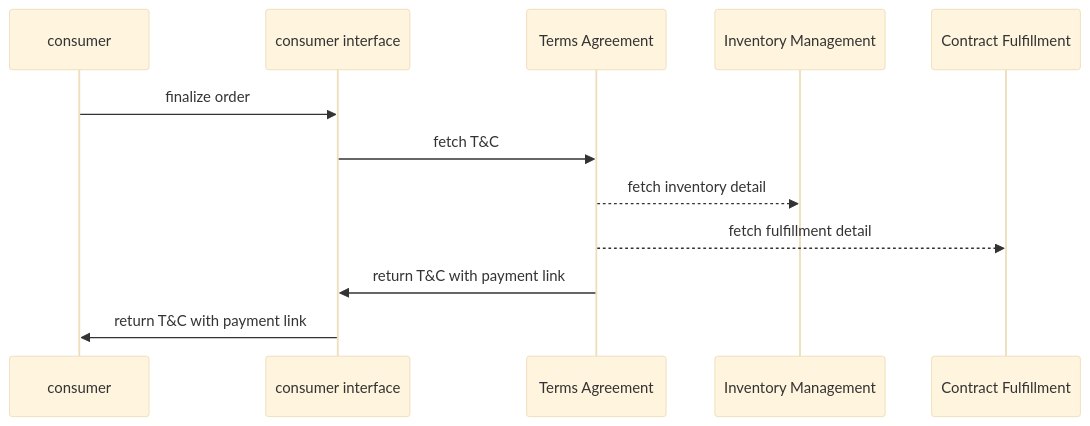
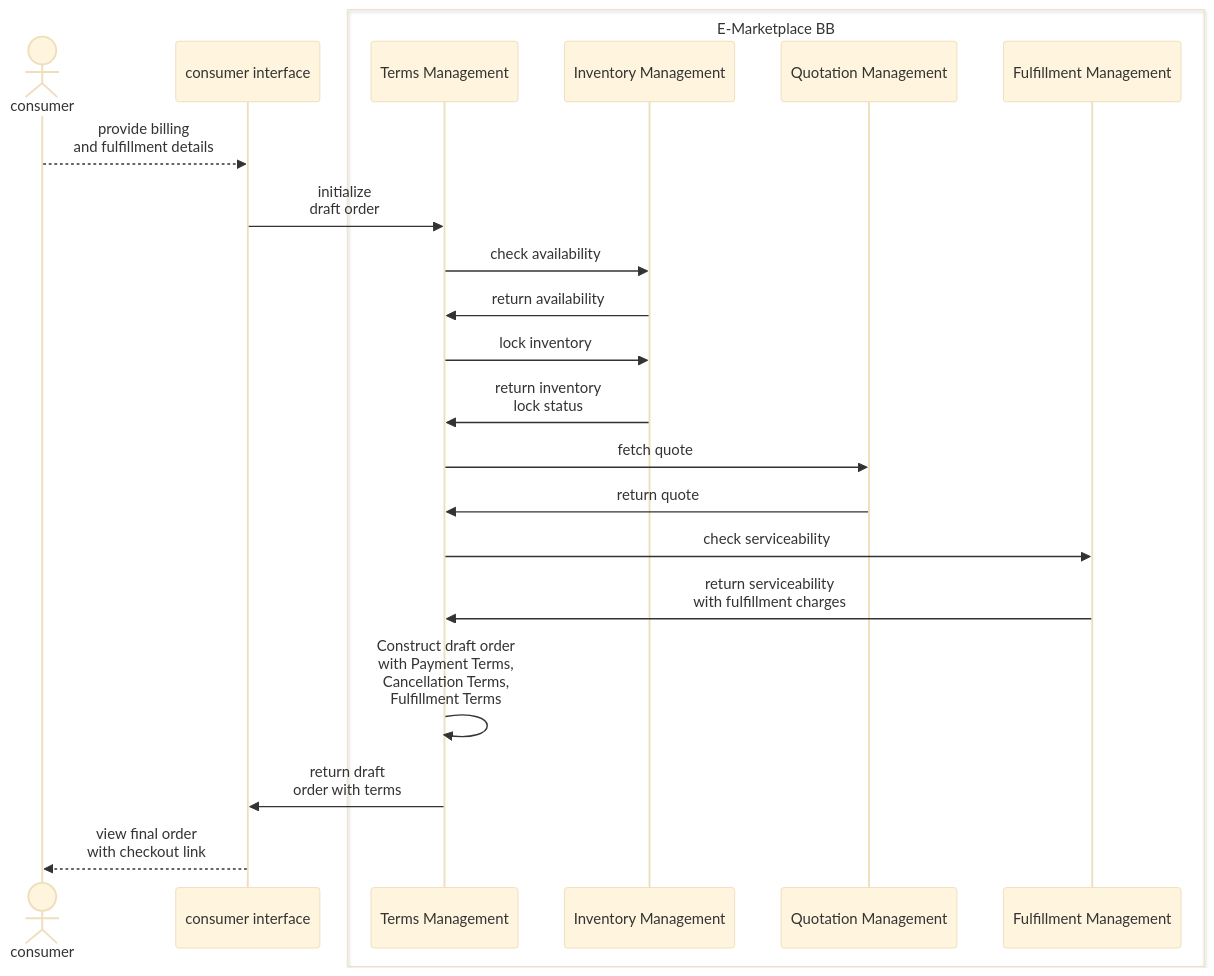
The third of 15 diagrams in spec/9-workflows.md (GovStackWorkingGroup/bb-emarketplace), drawn with Mermaid (base theme) before and after one commit.

Commit message:
GITBOOK-47: Update Sequence Diagram - Order Terms Management

````diff
--- a/spec/9-workflows.md
+++ b/spec/9-workflows.md
@@ -91,12 +91,27 @@
 ```mermaid
 sequenceDiagram
-consumer->>consumer interface: finalize order
-    consumer interface->>Terms Agreement: fetch T&C
-Terms Agreement-->>Inventory Management: fetch inventory detail
-Terms Agreement-->>Contract Fulfillment: fetch fulfillment detail
-Terms Agreement->>consumer interface: return T&C with payment link 
-consumer interface->>consumer:return T&C with payment link
+    Actor consumer
+    participant consumer interface
+    box E-Marketplace BB
+    participant Terms Management
+    participant Inventory Management
+    participant Quotation Management
+    participant Fulfillment Management
+    end
+    consumer-->>consumer interface: provide billing <br/> and fulfillment details
+    consumer interface->>Terms Management: initialize <br/> draft order
+    Terms Management->>Inventory Management: check availability
+    Inventory Management->>Terms Management: return availability
+    Terms Management->>Inventory Management: lock inventory
+    Inventory Management->>Terms Management: return inventory <br/> lock status
+    Terms Management->>Quotation Management: fetch quote
+    Quotation Management->>Terms Management: return quote
+    Terms Management->>Fulfillment Management: check serviceability
+    Fulfillment Management->>Terms Management: return serviceability <br/> with fulfillment charges
+    Terms Management->>Terms Management: Construct draft order <br/> with Payment Terms, <br/> Cancellation Terms, <br/> Fulfillment Terms
+    Terms Management->>consumer interface: return draft <br/> order with terms 
+    consumer interface-->>consumer:view final order <br/> with checkout link
 
             
 
 ```
````
